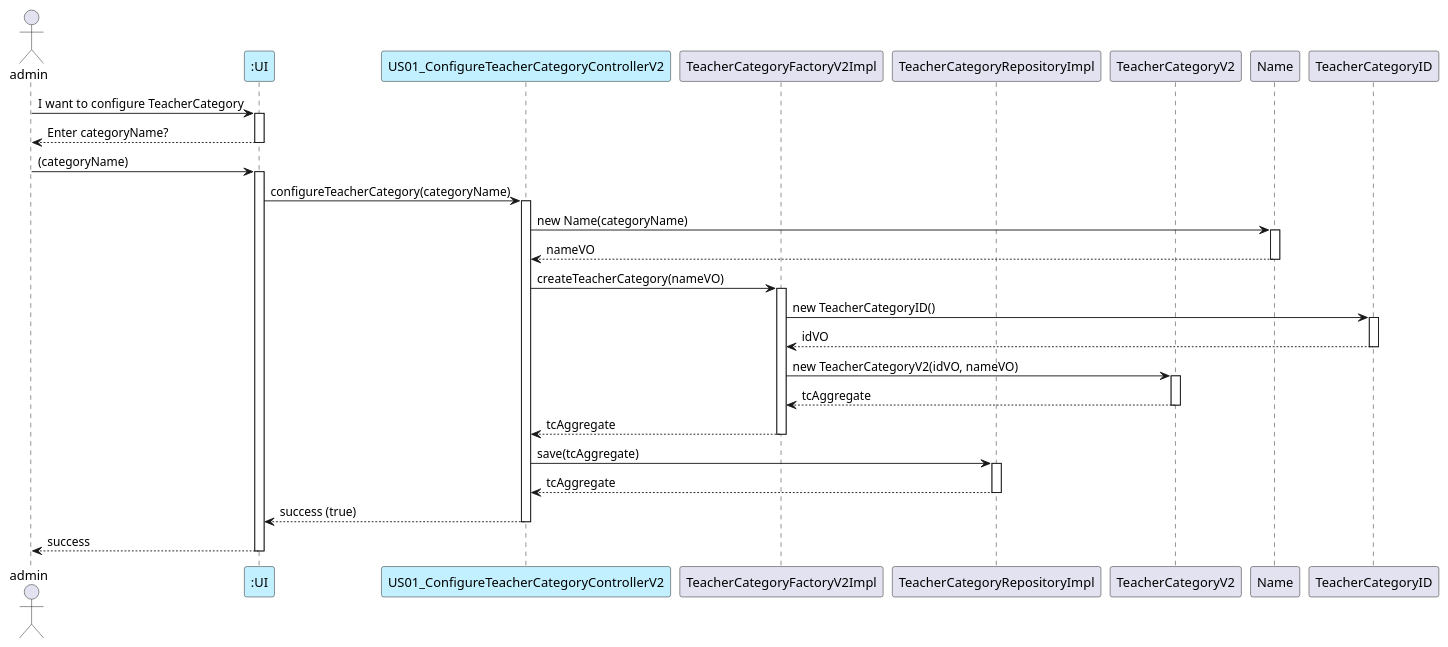
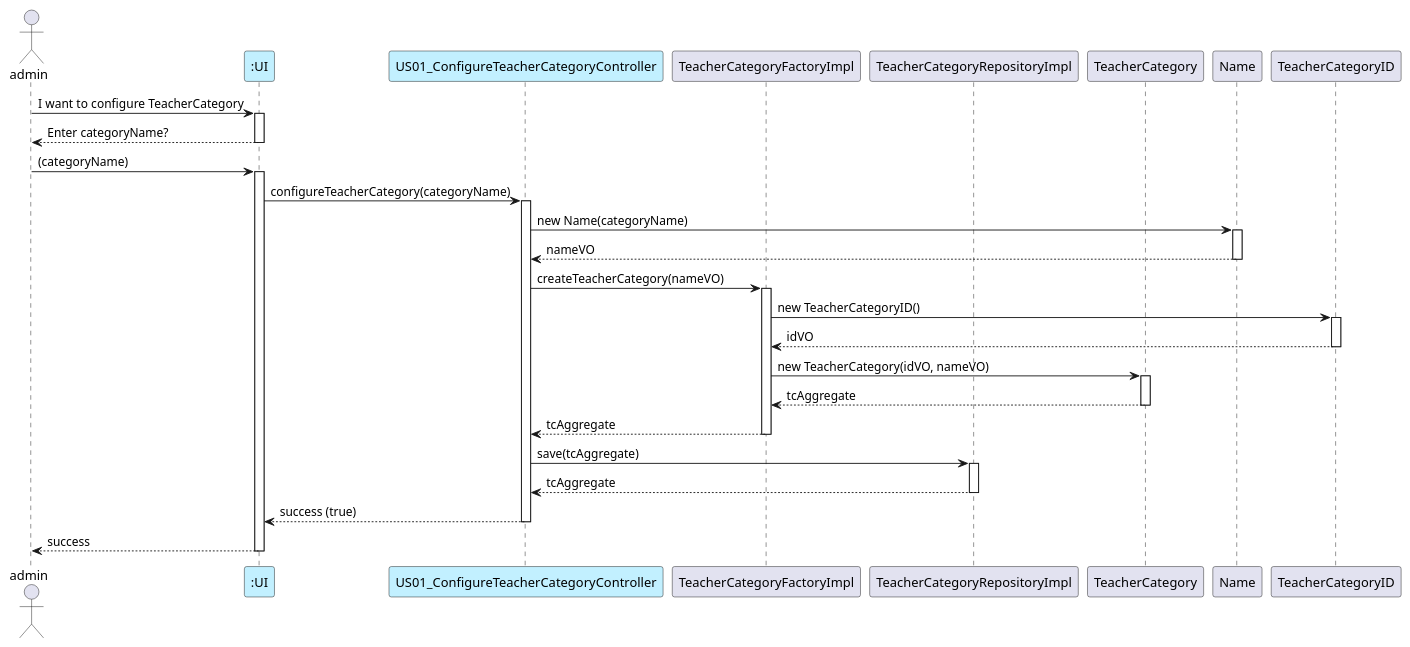
The diagram in docs/US01/US01_ConfigureTeacherCategoriesInSystem_SequenceDiagramDDD.puml (GasparISEP/DevOps-PAI), drawn with PlantUML before and after one commit. The commit also changed 1 other file, not shown here.

Commit message:
update SSD and Class Diagram with new names. Refs #69

```diff
--- a/docs/US01/US01_ConfigureTeacherCategoriesInSystem_SequenceDiagramDDD.puml
+++ b/docs/US01/US01_ConfigureTeacherCategoriesInSystem_SequenceDiagramDDD.puml
@@ -1,43 +1,43 @@
 @startuml
 
 actor admin
 
 participant ":UI" as UI #application
-participant "US01_ConfigureTeacherCategoryControllerV2" as Controller #application
-participant "TeacherCategoryFactoryV2Impl" as Factory
+participant "US01_ConfigureTeacherCategoryController" as Controller #application
+participant "TeacherCategoryFactoryImpl" as Factory
 participant "TeacherCategoryRepositoryImpl" as Repository
-participant "TeacherCategoryV2" as Aggregate
+participant "TeacherCategory" as Aggregate
 participant "Name" as VOName
 participant "TeacherCategoryID" as VOId
 
 ' Step 1: Admin interacts with UI
 admin -> UI ++ : I want to configure TeacherCategory
 UI --> admin -- : Enter categoryName?
 
 admin -> UI ++ : (categoryName)
 UI -> Controller ++ : configureTeacherCategory(categoryName)
 
 ' Step 2: Controller creates Name VO and delegates to Factory
 Controller -> VOName ++ : new Name(categoryName)
 VOName --> Controller -- : nameVO
 
 Controller -> Factory ++ : createTeacherCategory(nameVO)
 
 ' Step 3: Factory creates ID and Aggregate
 Factory -> VOId ++ : new TeacherCategoryID()
 VOId --> Factory -- : idVO
 
-Factory -> Aggregate ++ : new TeacherCategoryV2(idVO, nameVO)
+Factory -> Aggregate ++ : new TeacherCategory(idVO, nameVO)
 Aggregate --> Factory -- : tcAggregate
 
 Factory --> Controller -- : tcAggregate
 
 ' Step 4: Controller persists aggregate through repository
 Controller -> Repository ++ : save(tcAggregate)
 Repository --> Controller -- : tcAggregate
 
 ' Step 5: Return to UI and admin
 Controller --> UI -- : success (true)
 UI --> admin -- : success
 
 @enduml
```
